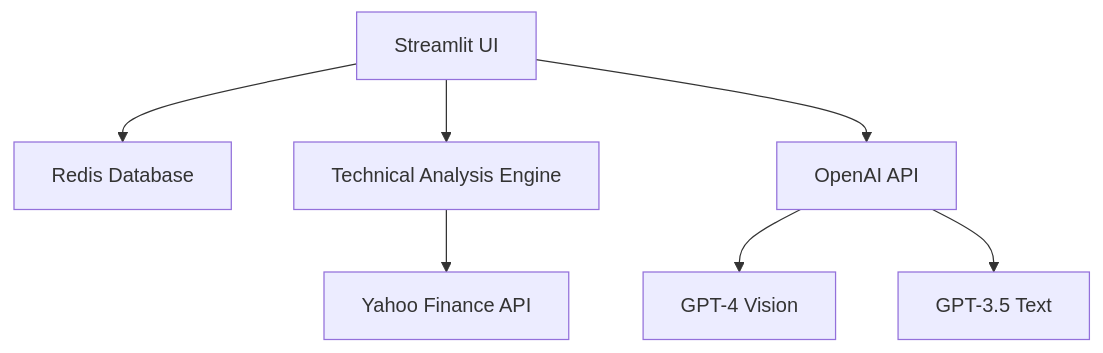
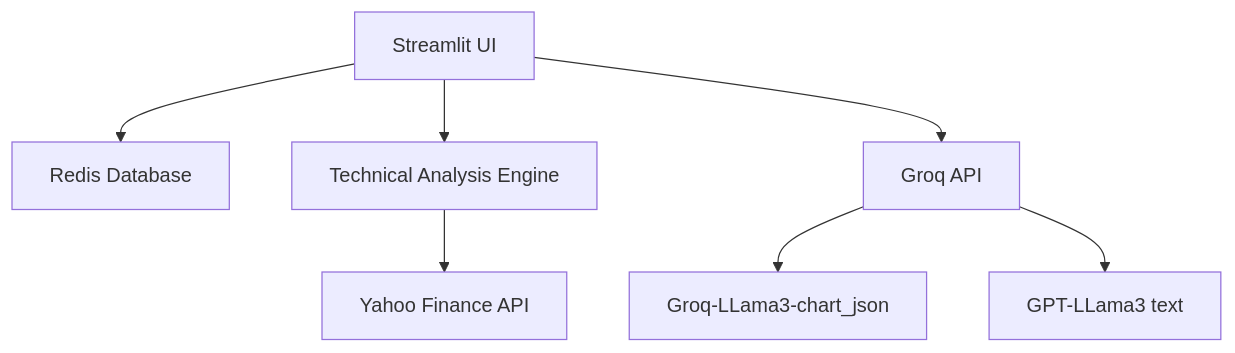
Before and after one commit to RyanFernandes23/stock-bot: the first of 2 diagrams in README.md, drawn with Mermaid. The commit also changed other lines of this file, not shown here.

````diff
--- a/README.md
+++ b/README.md
@@ -43,9 +43,9 @@
 ```mermaid
 graph TD
     A[Streamlit UI] --> B[Redis Database]
     A --> C[Technical Analysis Engine]
-    A --> D[OpenAI API]
+    A --> D[Groq API]
     C --> E[Yahoo Finance API]
-    D --> F[GPT-4 Vision]
-    D --> G[GPT-3.5 Text]
+    D --> F[Groq-LLama3-chart_json]
+    D --> G[GPT-LLama3 text]
 ```
````
